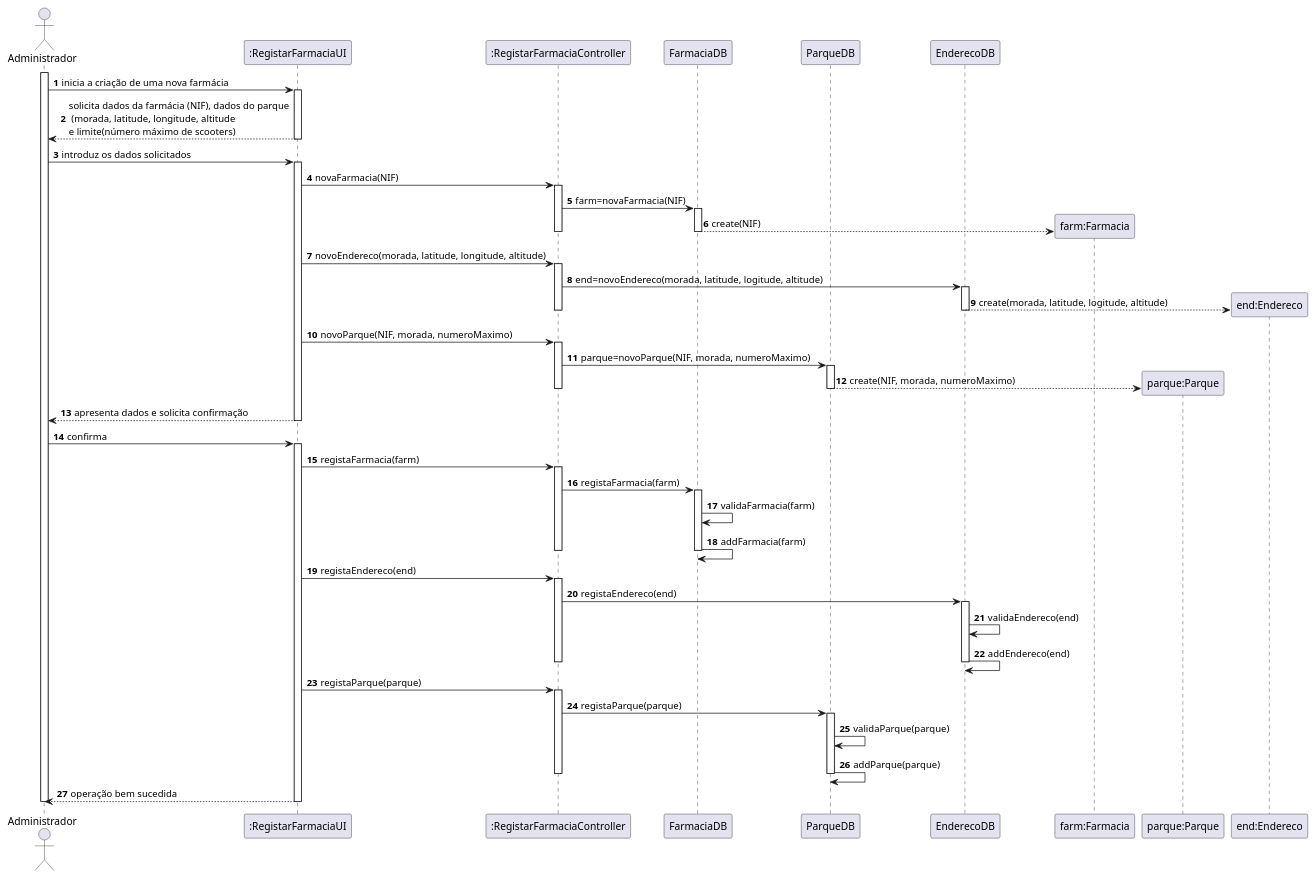
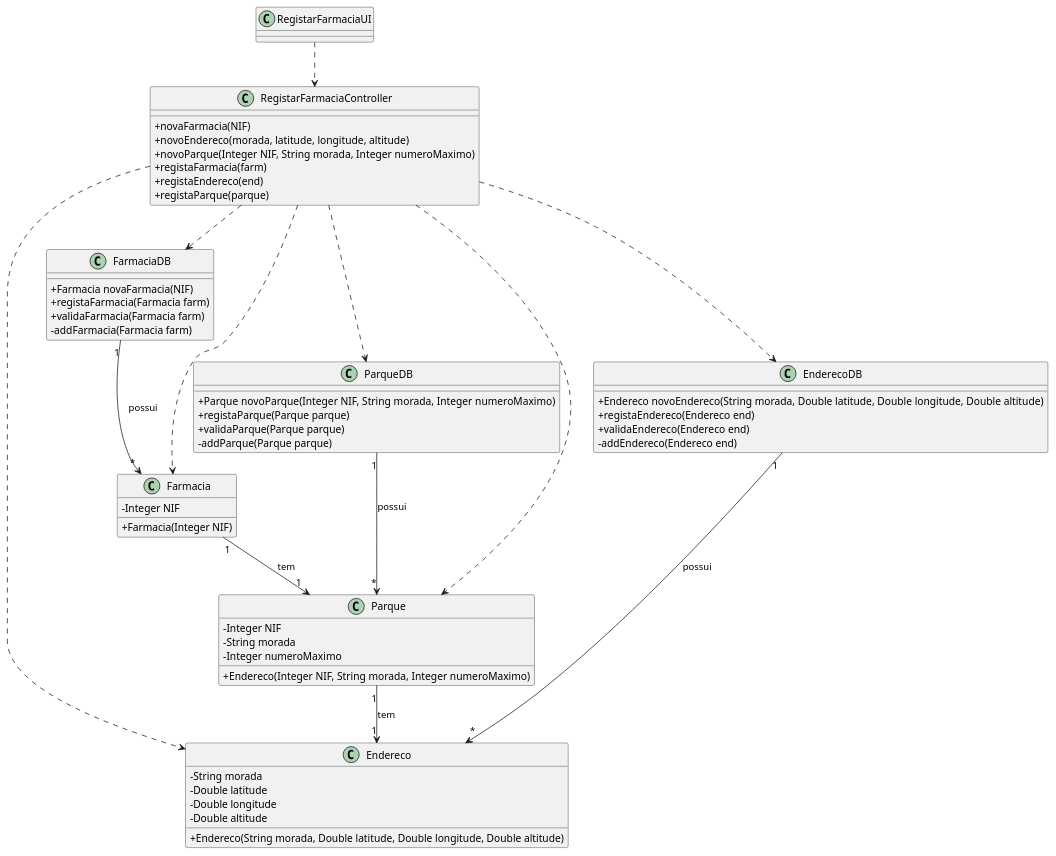
Before and after one commit to pedrolemos4/LAPR3: the diagram in docs/UC8/CD-REGISTAR FARMACIA.puml, drawn with PlantUML. The commit also changed 1 other file, not shown here.

Commit message:
LAP3AP4-8 #close Registar Farmacia [Review]

```diff
--- a/docs/UC8/CD-REGISTAR FARMACIA.puml
+++ b/docs/UC8/CD-REGISTAR FARMACIA.puml
@@ -1,88 +1,73 @@
 @startuml
-autonumber
-actor "Administrador" as ADM
+skinparam classAttributeIconSize 0
 
-participant ":RegistarFarmaciaUI" as UI
-participant ":RegistarFarmaciaController" as CTRL
-participant "FarmaciaDB" as DB
-participant "ParqueDB" as PDB
-participant "EnderecoDB" as EDB
-participant "farm:Farmacia" as FARMACIA
-participant "parque:Parque" as PQ
-participant "end:Endereco" as END
+class Farmacia {
+  -Integer NIF
+  +Farmacia(Integer NIF)
+}
 
-activate ADM
-ADM -> UI : inicia a criação de uma nova farmácia
-activate UI
-UI --> ADM : solicita dados da farmácia (NIF), dados do parque\n (morada, latitude, longitude, altitude \ne limite(número máximo de scooters)
-deactivate UI
+class Endereco {
+  -String morada
+  -Double latitude
+  -Double longitude
+  -Double altitude 
+  +Endereco(String morada, Double latitude, Double longitude, Double altitude)
+}
 
-ADM -> UI : introduz os dados solicitados
-activate UI
-UI -> CTRL : novaFarmacia(NIF)
-activate CTRL
+class Parque {
+  -Integer NIF
+  -String morada
+  -Integer numeroMaximo
+  +Endereco(Integer NIF, String morada, Integer numeroMaximo)
+}
 
-CTRL -> DB: farm=novaFarmacia(NIF)
-activate DB
-DB --> FARMACIA ** : create(NIF)
-deactivate DB
-deactivate CTRL
+class FarmaciaDB {
+  +Farmacia novaFarmacia(NIF)
+  +registaFarmacia(Farmacia farm)
+  +validaFarmacia(Farmacia farm)
+  -addFarmacia(Farmacia farm)
+}
 
-UI -> CTRL : novoEndereco(morada, latitude, longitude, altitude)
-activate CTRL
-CTRL -> EDB: end=novoEndereco(morada, latitude, logitude, altitude)
-activate EDB
-EDB --> END ** : create(morada, latitude, logitude, altitude)
-deactivate EDB
-deactivate CTRL
+class EnderecoDB {
+  +Endereco novoEndereco(String morada, Double latitude, Double longitude, Double altitude)
+  +registaEndereco(Endereco end)
+  +validaEndereco(Endereco end)
+  -addEndereco(Endereco end)
+}
 
-UI -> CTRL : novoParque(NIF, morada, numeroMaximo)
-activate CTRL
-CTRL -> PDB: parque=novoParque(NIF, morada, numeroMaximo)
-activate PDB
-PDB --> PQ ** : create(NIF, morada, numeroMaximo)
-deactivate PDB
+class ParqueDB {
+  +Parque novoParque(Integer NIF, String morada, Integer numeroMaximo)
+  +registaParque(Parque parque)
+  +validaParque(Parque parque)
+  -addParque(Parque parque)
+}
 
-deactivate CTRL
-UI --> ADM : apresenta dados e solicita confirmação
-deactivate UI
+class RegistarFarmaciaController {
+  +novaFarmacia(NIF)
+  +novoEndereco(morada, latitude, longitude, altitude)
+  +novoParque(Integer NIF, String morada, Integer numeroMaximo)
+  +registaFarmacia(farm)
+  +registaEndereco(end)
+  +registaParque(parque)
+}
 
-ADM -> UI : confirma
-activate UI
+class RegistarFarmaciaUI {
+  
+}
 
-UI -> CTRL: registaFarmacia(farm)
-activate CTRL
-CTRL ->DB: registaFarmacia(farm)
-activate DB
-DB -> DB: validaFarmacia(farm)
-DB -> DB: addFarmacia(farm)
+RegistarFarmaciaUI ..> RegistarFarmaciaController
+RegistarFarmaciaController ..> ParqueDB
+RegistarFarmaciaController ..> EnderecoDB
+RegistarFarmaciaController ..> FarmaciaDB
+RegistarFarmaciaController ..> Parque
+RegistarFarmaciaController ..> Endereco
+RegistarFarmaciaController ..> Farmacia
 
-deactivate DB
-deactivate CTRL
+ParqueDB "1" --> "*" Parque : possui
+EnderecoDB "1" --> "*" Endereco : possui
+FarmaciaDB "1" --> "*" Farmacia : possui
+Farmacia "1" --> "1" Parque : tem
+Parque "1" --> "1" Endereco : tem
 
-UI -> CTRL: registaEndereco(end)
-activate CTRL
-CTRL ->EDB: registaEndereco(end)
-activate EDB
-EDB -> EDB: validaEndereco(end)
-EDB -> EDB: addEndereco(end)
-
-deactivate EDB
-deactivate CTRL
-
-UI -> CTRL: registaParque(parque)
-activate CTRL
-CTRL ->PDB: registaParque(parque)
-activate PDB
-PDB -> PDB: validaParque(parque)
-PDB -> PDB: addParque(parque)
-
-deactivate PDB
-deactivate CTRL
-
-UI --> ADM : operação bem sucedida
-deactivate UI
-
-deactivate ADM
 
 @enduml
```
